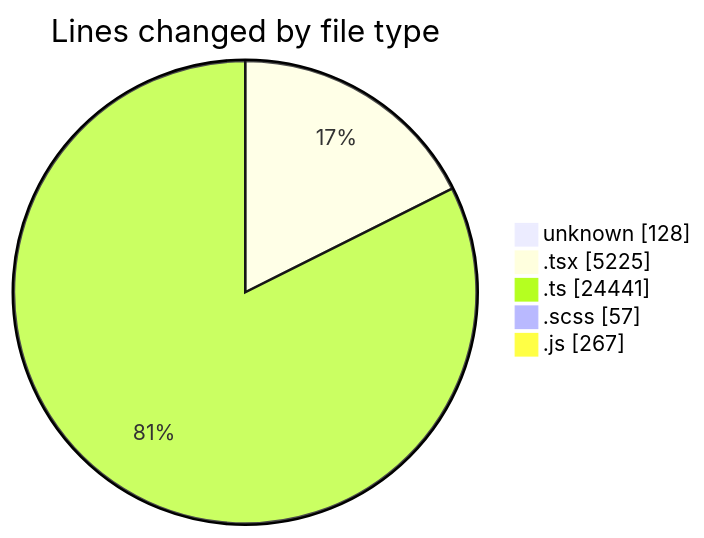
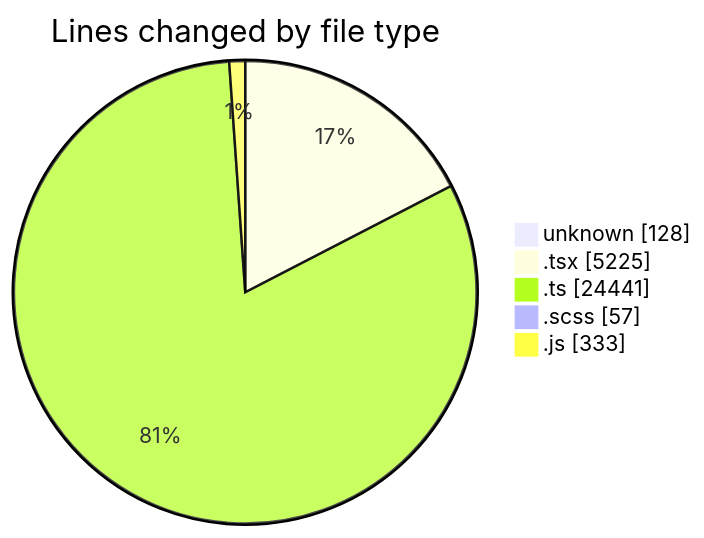
Before and after one commit to momahboobian/code-tracking: the first of 2 diagrams in 2026-09-23/cda/README.md, drawn with Mermaid. The commit also changed other lines of this file and 1 other file, not shown here.

````diff
--- a/2026-09-23/cda/README.md
+++ b/2026-09-23/cda/README.md
@@ -58,9 +59,9 @@
 ```mermaid
 pie showData
 title Lines changed by file type
 "unknown" : 128
 ".tsx" : 5225
 ".ts" : 24441
 ".scss" : 57
-".js" : 267
+".js" : 333
 ```
````
